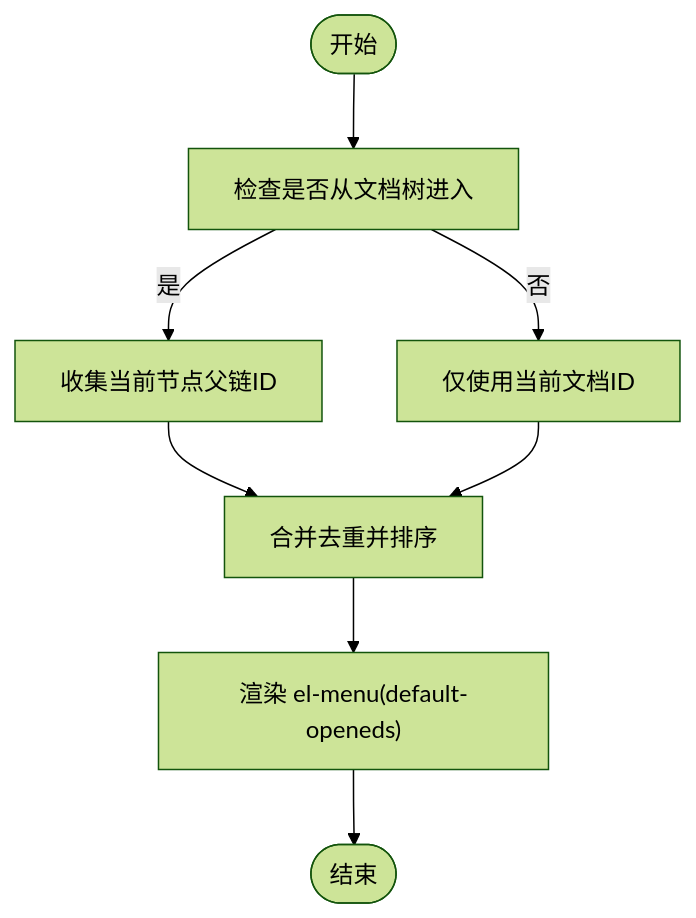
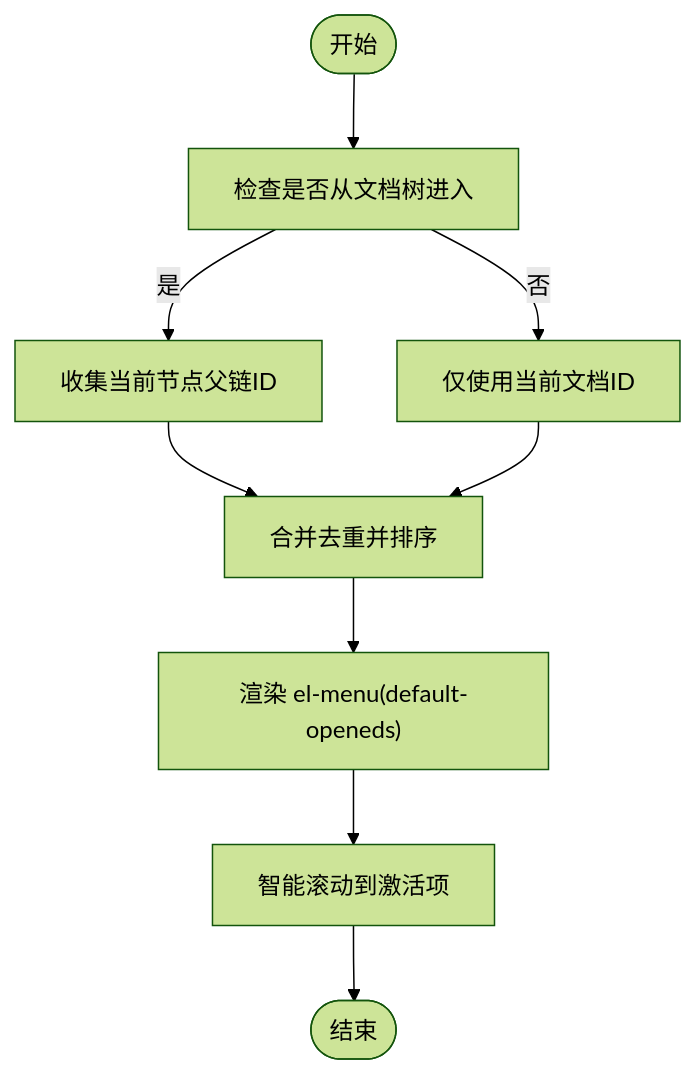
The fourth of 6 diagrams in .qoder/repowiki/zh/content/核心功能/UI 组件系统/内容组件.md (terwer/siyuan-plugin-blog), drawn with Mermaid (forest theme) before and after one commit. The commit also changed other lines of this file and 3 other files, not shown here.

````diff
--- a/.qoder/repowiki/zh/content/核心功能/UI 组件系统/内容组件.md
+++ b/.qoder/repowiki/zh/content/核心功能/UI 组件系统/内容组件.md
@@ -178,10 +197,11 @@
 ```mermaid
 flowchart TD
 Start(["开始"]) --> CheckFrom["检查是否从文档树进入"]
 CheckFrom --> |是| BuildChain["收集当前节点父链ID"]
 CheckFrom --> |否| UseCurrent["仅使用当前文档ID"]
 BuildChain --> Merge["合并去重并排序"]
 UseCurrent --> Merge
 Merge --> Render["渲染 el-menu(default-openeds)"]
-Render --> End(["结束"])
+Render --> Scroll["智能滚动到激活项"]
+Scroll --> End(["结束"])
 ```
````
